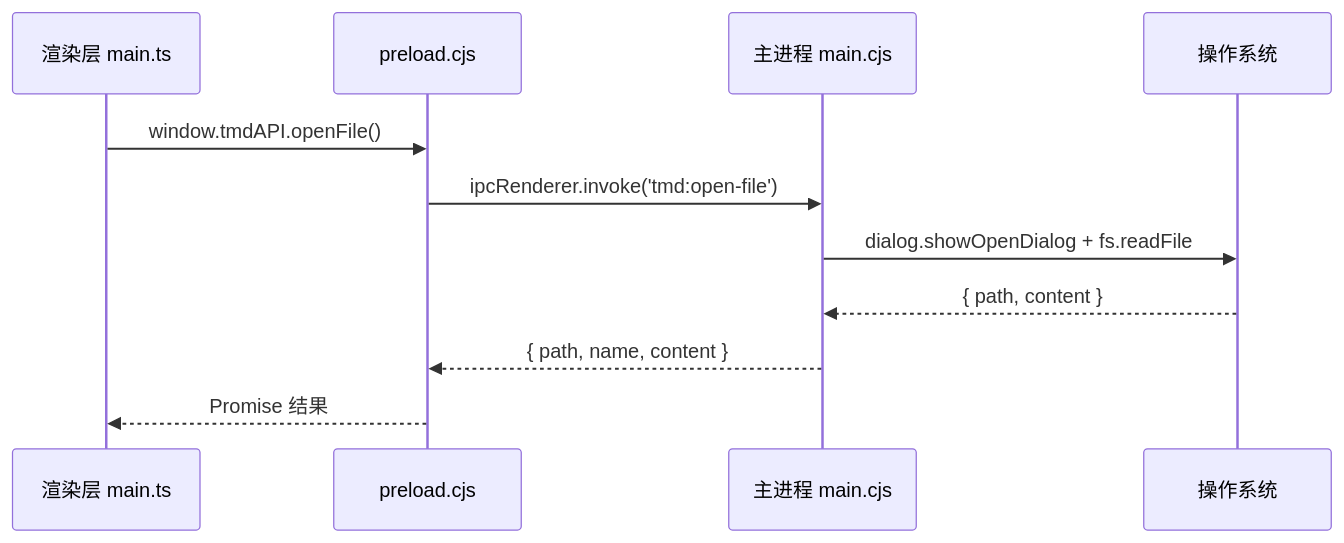
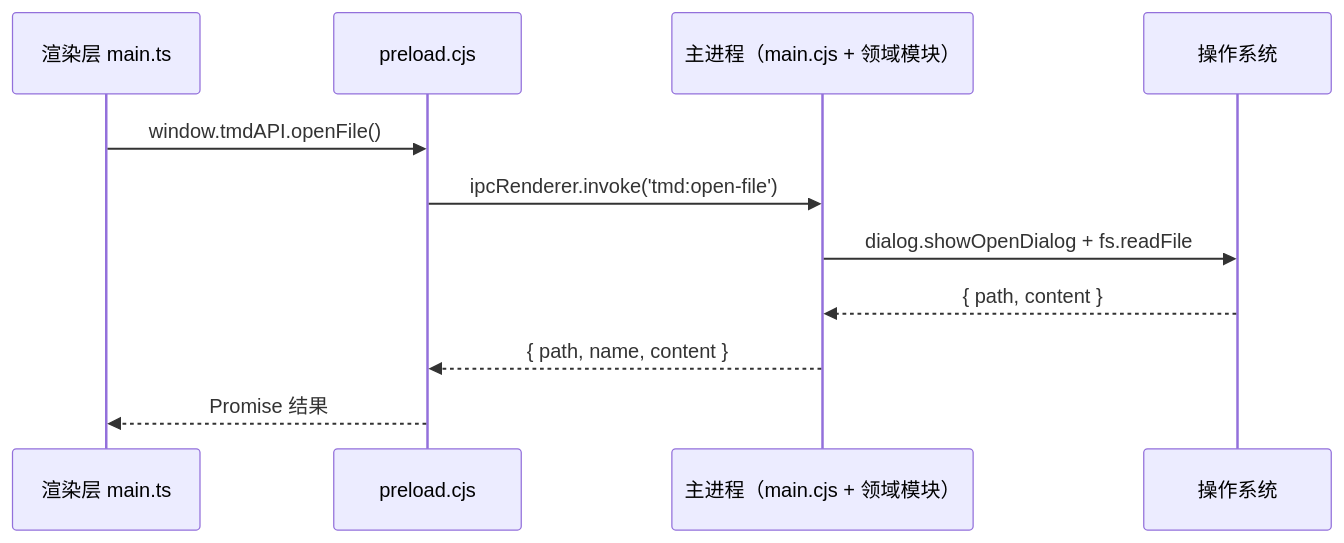
One commit to ChiangyangNPU/tmd changed the second of 4 diagrams in docs/架构设计.md. Above: the diagram before and after it, drawn with Mermaid. The commit also changed other lines of this file and 14 other files, not shown here.

First line of the commit message:
refactor(electron): main.cjs 按域拆分为 7 个领域模块

````diff
--- a/docs/架构设计.md
+++ b/docs/架构设计.md
@@ -65,14 +65,14 @@
 ```mermaid
 sequenceDiagram
     participant R as 渲染层 main.ts
     participant P as preload.cjs
-    participant M as 主进程 main.cjs
+    participant M as 主进程（main.cjs + 领域模块）
     participant OS as 操作系统
 
     R->>P: window.tmdAPI.openFile()
     P->>M: ipcRenderer.invoke('tmd:open-file')
     M->>OS: dialog.showOpenDialog + fs.readFile
     OS-->>M: { path, content }
     M-->>P: { path, name, content }
     P-->>R: Promise 结果
 ```
````
